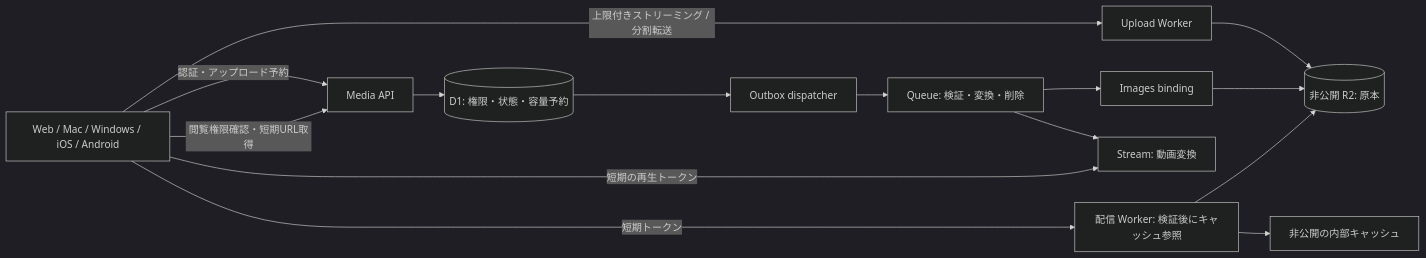
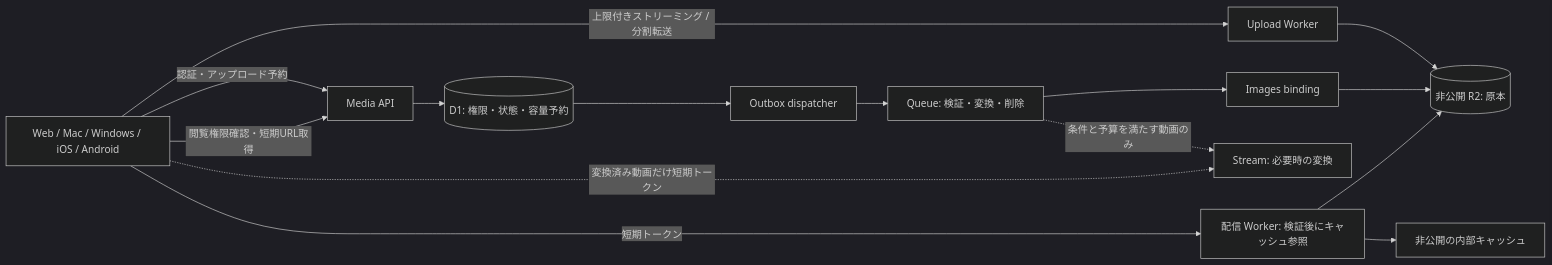
Before and after one commit to Torutesu/HonmaruAI: the diagram in docs/architecture/media-delivery.md, drawn with Mermaid (dark theme). The commit also changed other lines of this file, not shown here.

````diff
--- a/docs/architecture/media-delivery.md
+++ b/docs/architecture/media-delivery.md
@@ -14,17 +17,17 @@
 ```mermaid
 flowchart LR
   C[Web / Mac / Windows / iOS / Android] -->|認証・アップロード予約| A[Media API]
   A --> D[(D1: 権限・状態・容量予約)]
   C -->|上限付きストリーミング / 分割転送| U[Upload Worker]
   U --> R[(非公開 R2: 原本)]
   D --> O[Outbox dispatcher]
   O --> Q[Queue: 検証・変換・削除]
   Q --> I[Images binding]
   I --> R
-  Q --> S[Stream: 動画変換]
+  Q -.->|条件と予算を満たす動画のみ| S[Stream: 必要時の変換]
   C -->|閲覧権限確認・短期URL取得| A
   C -->|短期トークン| G[配信 Worker: 検証後にキャッシュ参照]
   G --> E[非公開の内部キャッシュ]
   G --> R
-  C -->|短期の再生トークン| S
+  C -.->|変換済み動画だけ短期トークン| S
 ```
````
